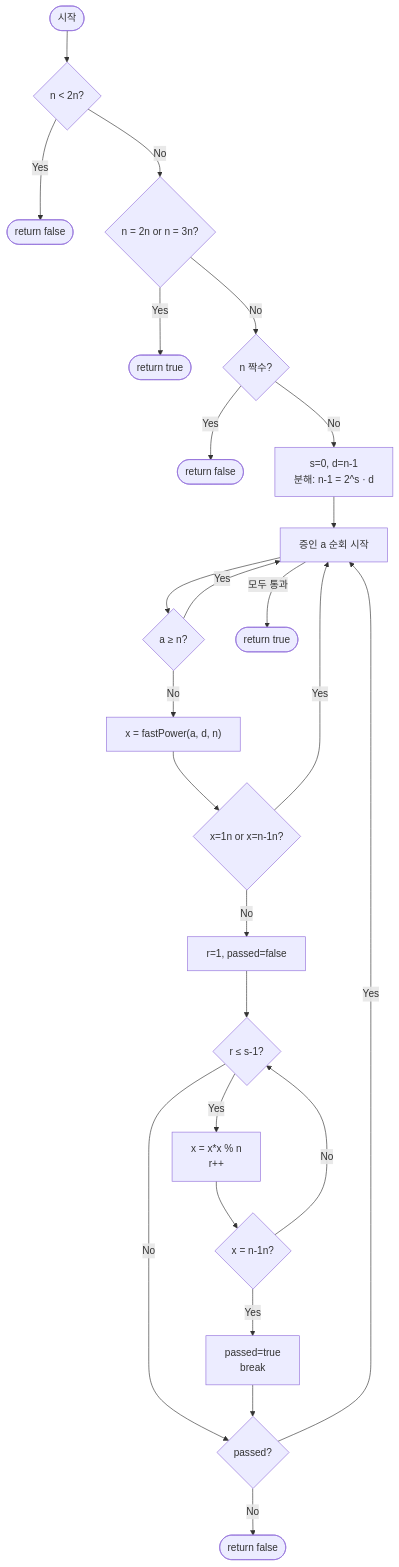
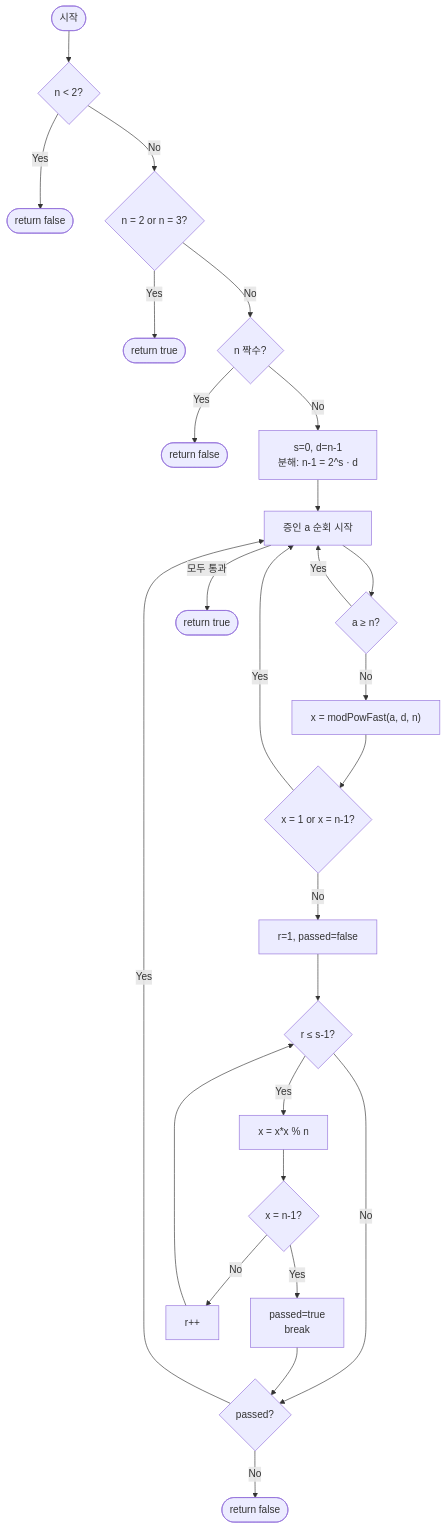
Before and after one commit to centurio1987/grow-up-programming: the diagram in src/algorithms/number-theory/millerRabin/millerRabin-guide.mdx, drawn with Mermaid. The commit also changed other lines of this file and 23 other files, not shown here.

````diff
--- a/src/algorithms/number-theory/millerRabin/millerRabin-guide.mdx
+++ b/src/algorithms/number-theory/millerRabin/millerRabin-guide.mdx
@@ -235,27 +409,28 @@
 ```mermaid
 flowchart TD
-    A([시작]) --> B{n < 2n?}
+    A([시작]) --> B{n < 2?}
     B -- Yes --> C([return false])
-    B -- No  --> D{n = 2n or n = 3n?}
+    B -- No  --> D{n = 2 or n = 3?}
     D -- Yes --> E([return true])
     D -- No  --> F{n 짝수?}
     F -- Yes --> G([return false])
-    F -- No  --> H["s=0, d=n-1\n분해: n-1 = 2^s · d"]
+    F -- No  --> H["s=0, d=n-1<br/>분해: n-1 = 2^s · d"]
     H --> I[증인 a 순회 시작]
     I --> J{a ≥ n?}
     J -- Yes --> I
-    J -- No  --> K["x = fastPower(a, d, n)"]
-    K --> L{x=1n or x=n-1n?}
+    J -- No  --> K["x = modPowFast(a, d, n)"]
+    K --> L{"x = 1 or x = n-1?"}
     L -- Yes --> I
     L -- No  --> M["r=1, passed=false"]
     M --> N{r ≤ s-1?}
     N -- No  --> O{passed?}
     O -- No  --> P([return false])
     O -- Yes --> I
-    N -- Yes --> Q["x = x*x % n\nr++"]
-    Q --> R{x = n-1n?}
-    R -- Yes --> S["passed=true\nbreak"]
+    N -- Yes --> Q["x = x*x % n"]
+    Q --> R{"x = n-1?"}
+    R -- Yes --> S["passed=true<br/>break"]
     S --> O
-    R -- No  --> N
+    R -- No  --> U["r++"]
+    U --> N
     I -- 모두 통과 --> T([return true])
 ```
````
